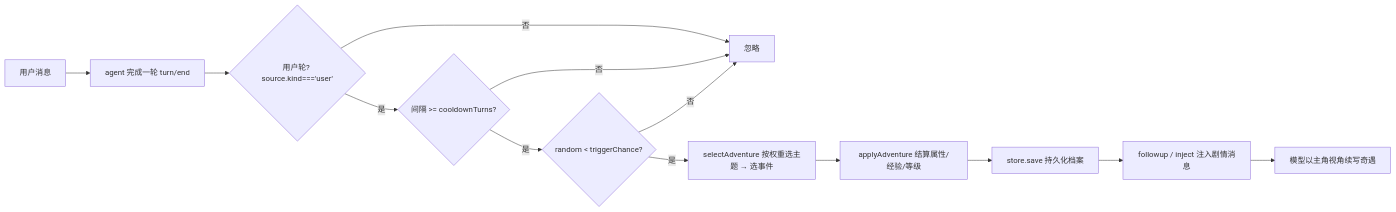
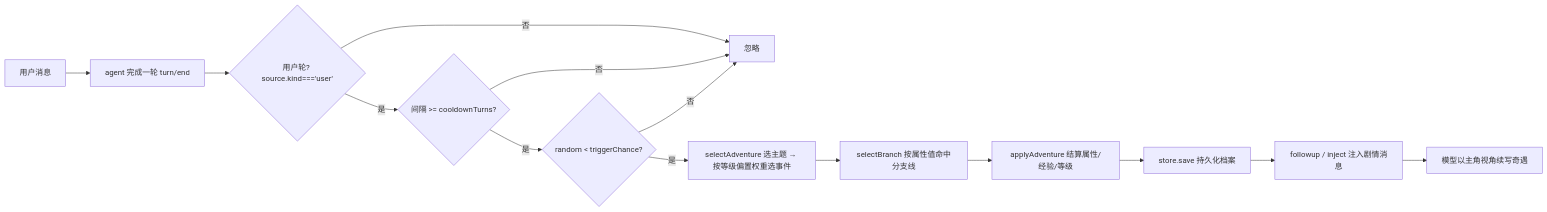
One commit to PocketSWPU/dsh-serendipity changed the first of 2 diagrams in agents.md. Above: the diagram before and after it, drawn with Mermaid. The commit also changed other lines of this file and 12 other files, not shown here.

````diff
--- a/agents.md
+++ b/agents.md
@@ -61,15 +61,16 @@
 ```mermaid
 flowchart LR
   A[用户消息] --> B[agent 完成一轮 turn/end]
   B --> C{用户轮? source.kind==='user'}
   C -- 否 --> Z[忽略]
   C -- 是 --> D{间隔 >= cooldownTurns?}
   D -- 否 --> Z
   D -- 是 --> E{random < triggerChance?}
   E -- 否 --> Z
-  E -- 是 --> F[selectAdventure 按权重选主题 → 选事件]
-  F --> G[applyAdventure 结算属性/经验/等级]
-  G --> H[store.save 持久化档案]
-  H --> I[followup / inject 注入剧情消息]
-  I --> J[模型以主角视角续写奇遇]
+  E -- 是 --> F[selectAdventure 选主题 → 按等级偏置权重选事件]
+  F --> G[selectBranch 按属性值命中分支线]
+  G --> H[applyAdventure 结算属性/经验/等级]
+  H --> I[store.save 持久化档案]
+  I --> J[followup / inject 注入剧情消息]
+  J --> K[模型以主角视角续写奇遇]
 ```
````
